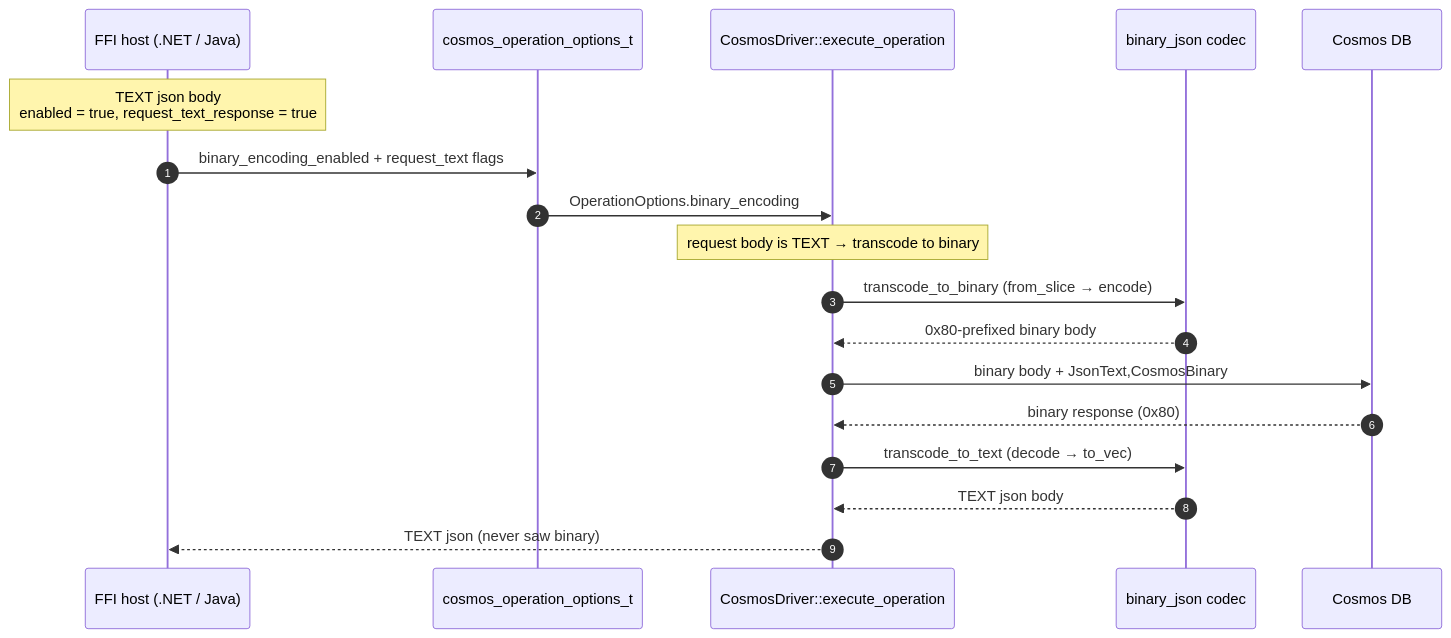
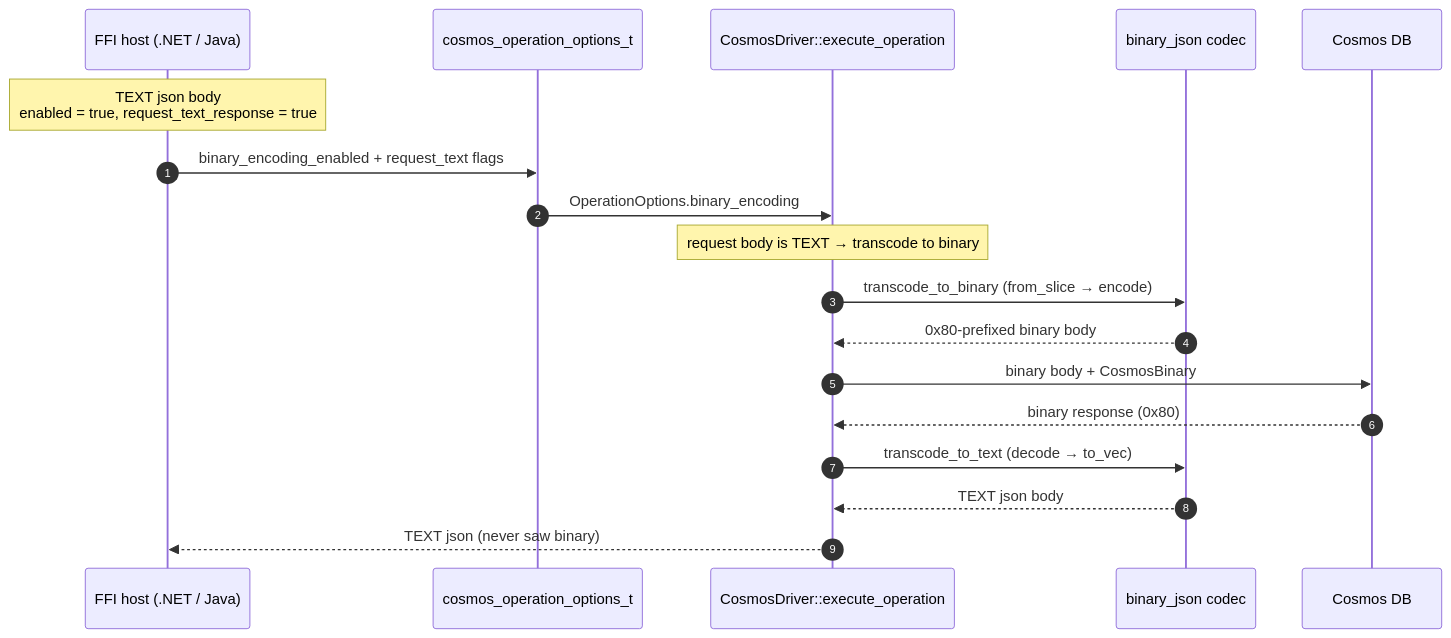
The sixth of 6 diagrams in sdk/cosmos/azure_data_cosmos_driver/docs/BINARY_ENCODING_HLD.md (Azure/azure-sdk-for-rust), drawn with Mermaid before and after one commit. The commit also changed other lines of this file and 13 other files, not shown here.

````diff
--- a/sdk/cosmos/azure_data_cosmos_driver/docs/BINARY_ENCODING_HLD.md
+++ b/sdk/cosmos/azure_data_cosmos_driver/docs/BINARY_ENCODING_HLD.md
@@ -262,21 +270,21 @@
 ```mermaid
 sequenceDiagram
     autonumber
     participant Host as FFI host (.NET / Java)
     participant ABI as cosmos_operation_options_t
     participant DRV as CosmosDriver::execute_operation
     participant Cod as binary_json codec
     participant Svc as Cosmos DB
 
     Note over Host: TEXT json body<br/>enabled = true, request_text_response = true
     Host->>ABI: binary_encoding_enabled + request_text flags
     ABI->>DRV: OperationOptions.binary_encoding
     Note over DRV: request body is TEXT → transcode to binary
     DRV->>Cod: transcode_to_binary (from_slice → encode)
     Cod-->>DRV: 0x80-prefixed binary body
-    DRV->>Svc: binary body + JsonText,CosmosBinary
+    DRV->>Svc: binary body + CosmosBinary
     Svc-->>DRV: binary response (0x80)
     DRV->>Cod: transcode_to_text (decode → to_vec)
     Cod-->>DRV: TEXT json body
     DRV-->>Host: TEXT json (never saw binary)
 ```
````
